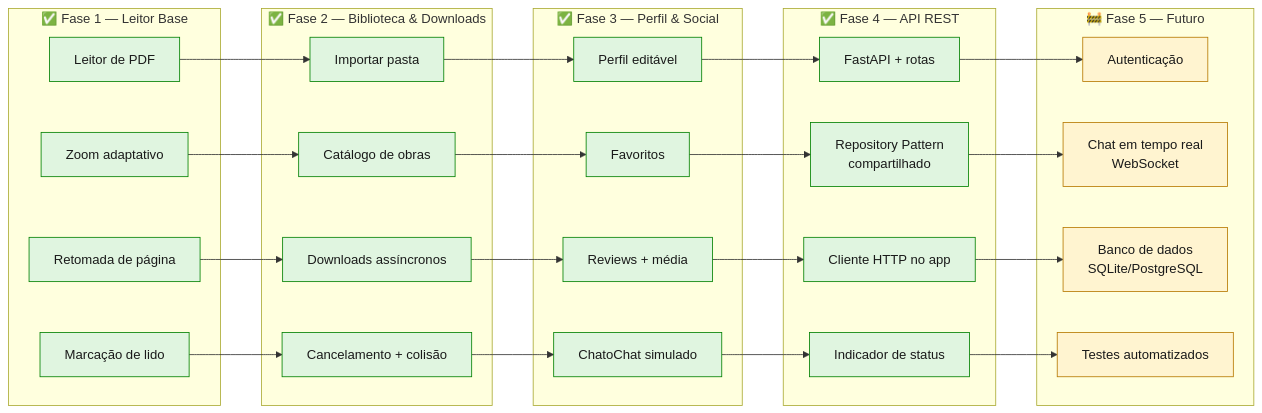
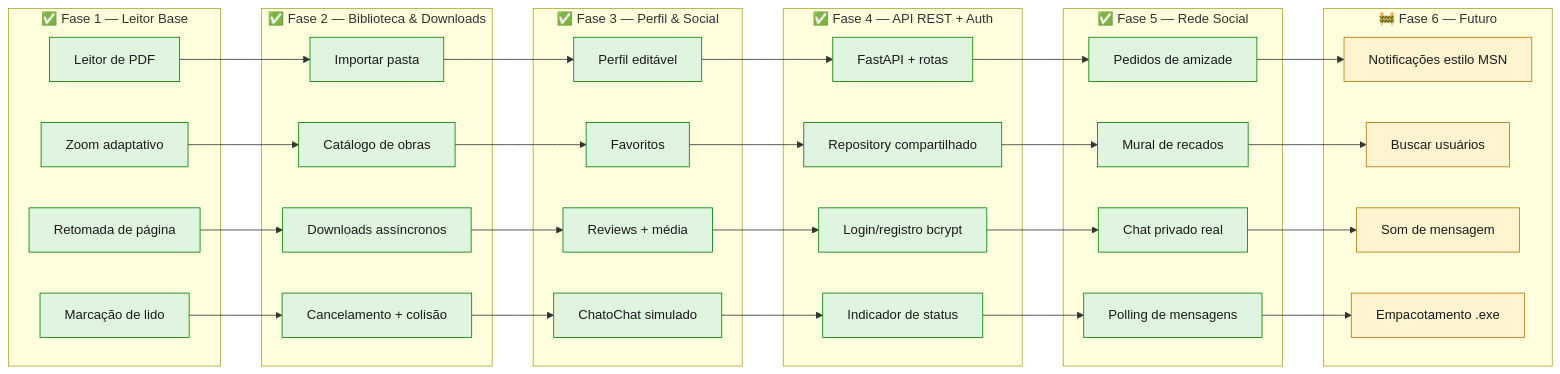
One commit to lordepeter/PDF_Reader changed the fourth of 4 diagrams in README.md. Above: the diagram before and after it, drawn with Mermaid. The commit also changed other lines of this file, not shown here.

````diff
--- a/README.md
+++ b/README.md
@@ -231,18 +358,25 @@
         F3D[ChatoChat simulado]
     end
 
-    subgraph "✅ Fase 4 — API REST"
+    subgraph "✅ Fase 4 — API REST + Auth"
         F4A[FastAPI + rotas]
-        F4B[Repository Pattern<br/>compartilhado]
-        F4C[Cliente HTTP no app]
+        F4B[Repository compartilhado]
+        F4C[Login/registro bcrypt]
         F4D[Indicador de status]
     end
 
-    subgraph "🚧 Fase 5 — Futuro"
-        F5A[Autenticação]
-        F5B[Chat em tempo real<br/>WebSocket]
-        F5C[Banco de dados<br/>SQLite/PostgreSQL]
-        F5D[Testes automatizados]
+    subgraph "✅ Fase 5 — Rede Social"
+        F5A[Pedidos de amizade]
+        F5B[Mural de recados]
+        F5C[Chat privado real]
+        F5D[Polling de mensagens]
+    end
+
+    subgraph "🚧 Fase 6 — Futuro"
+        F6A[Notificações estilo MSN]
+        F6B[Buscar usuários]
+        F6C[Som de mensagem]
+        F6D[Empacotamento .exe]
     end
 
     F1A --> F2A
@@ -261,6 +395,10 @@
     F4B --> F5B
     F4C --> F5C
     F4D --> F5D
+    F5A --> F6A
+    F5B --> F6B
+    F5C --> F6C
+    F5D --> F6D
 
     style F1A fill:#E0F5E0,stroke:#008000,color:#1a1a1a
     style F1B fill:#E0F5E0,stroke:#008000,color:#1a1a1a
@@ -278,8 +416,12 @@
     style F4B fill:#E0F5E0,stroke:#008000,color:#1a1a1a
     style F4C fill:#E0F5E0,stroke:#008000,color:#1a1a1a
     style F4D fill:#E0F5E0,stroke:#008000,color:#1a1a1a
-    style F5A fill:#FFF4D0,stroke:#B77900,color:#1a1a1a
-    style F5B fill:#FFF4D0,stroke:#B77900,color:#1a1a1a
-    style F5C fill:#FFF4D0,stroke:#B77900,color:#1a1a1a
-    style F5D fill:#FFF4D0,stroke:#B77900,color:#1a1a1a
+    style F5A fill:#E0F5E0,stroke:#008000,color:#1a1a1a
+    style F5B fill:#E0F5E0,stroke:#008000,color:#1a1a1a
+    style F5C fill:#E0F5E0,stroke:#008000,color:#1a1a1a
+    style F5D fill:#E0F5E0,stroke:#008000,color:#1a1a1a
+    style F6A fill:#FFF4D0,stroke:#B77900,color:#1a1a1a
+    style F6B fill:#FFF4D0,stroke:#B77900,color:#1a1a1a
+    style F6C fill:#FFF4D0,stroke:#B77900,color:#1a1a1a
+    style F6D fill:#FFF4D0,stroke:#B77900,color:#1a1a1a
 ```
````
